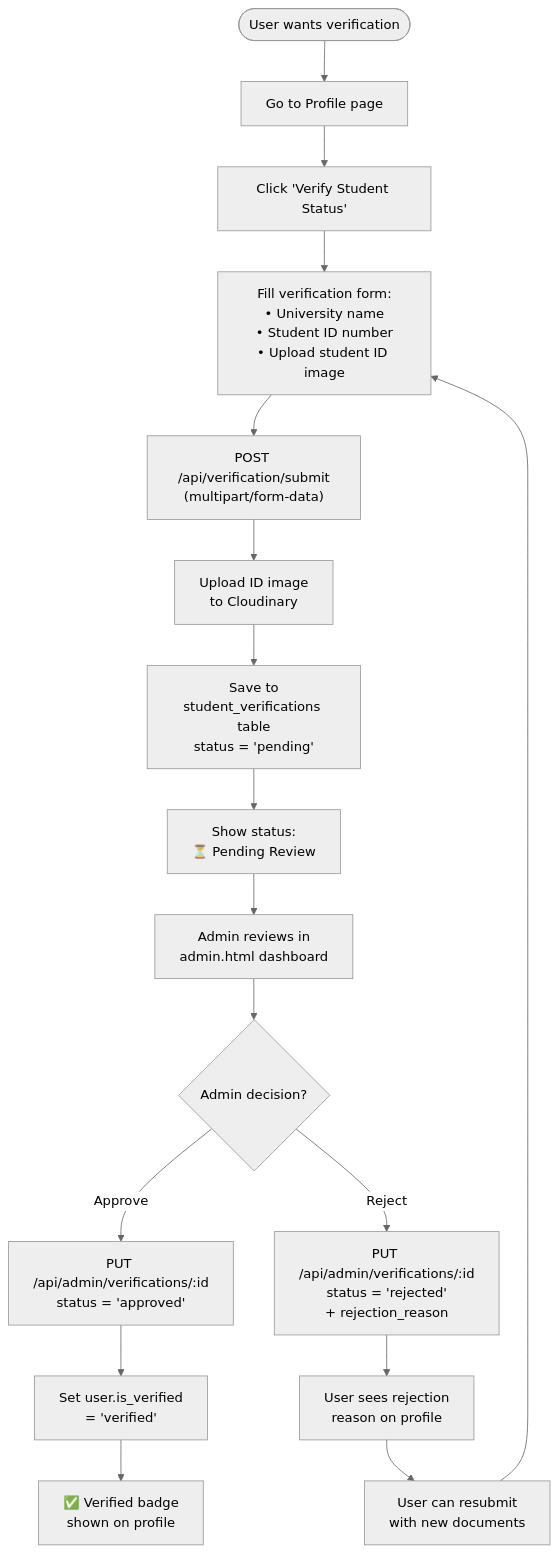
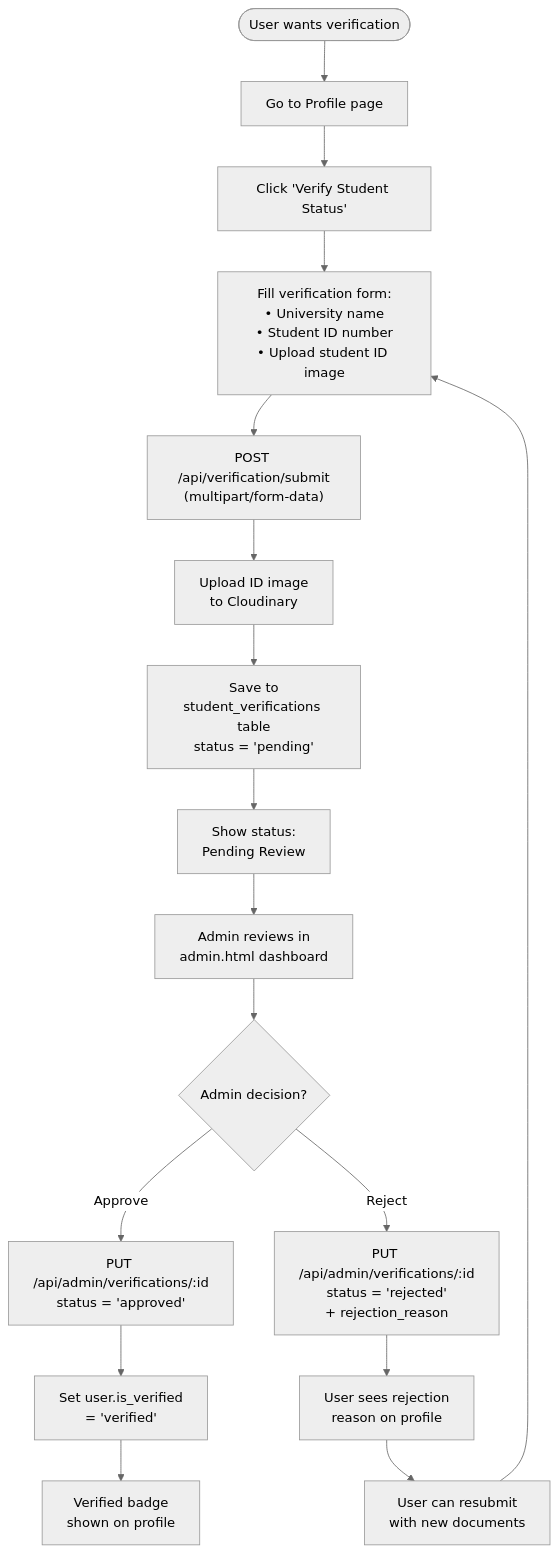
The sixth of 8 diagrams in docs/FLOWCHART.md (heyywillz/Sellout), drawn with Mermaid (neutral theme) before and after one commit. The commit also changed other lines of this file and 4 other files, not shown here.

````diff
--- a/docs/FLOWCHART.md
+++ b/docs/FLOWCHART.md
@@ -173,26 +173,26 @@
 ```mermaid
 flowchart TD
     Start([User wants verification]) --> GoProfile["Go to Profile page"]
     GoProfile --> ClickVerify["Click 'Verify Student Status'"]
 
     ClickVerify --> VerifyForm["Fill verification form:\n• University name\n• Student ID number\n• Upload student ID image"]
 
     VerifyForm --> SubmitVerify["POST /api/verification/submit\n(multipart/form-data)"]
 
     SubmitVerify --> UploadID["Upload ID image\nto Cloudinary"]
     UploadID --> SaveVerification["Save to\nstudent_verifications table\nstatus = 'pending'"]
-    SaveVerification --> Pending["Show status:\n⏳ Pending Review"]
+    SaveVerification --> Pending["Show status:\n Pending Review"]
 
     Pending --> AdminReview["Admin reviews in\nadmin.html dashboard"]
 
     AdminReview --> Decision{Admin decision?}
     Decision -->|Approve| Approve["PUT /api/admin/verifications/:id\nstatus = 'approved'"]
     Decision -->|Reject| Reject["PUT /api/admin/verifications/:id\nstatus = 'rejected'\n+ rejection_reason"]
 
     Approve --> UpdateUser["Set user.is_verified\n= 'verified'"]
-    UpdateUser --> Badge["✅ Verified badge\nshown on profile"]
+    UpdateUser --> Badge[" Verified badge\nshown on profile"]
 
     Reject --> NotifyUser["User sees rejection\nreason on profile"]
     NotifyUser --> CanResubmit["User can resubmit\nwith new documents"]
     CanResubmit --> VerifyForm
 ```
````
